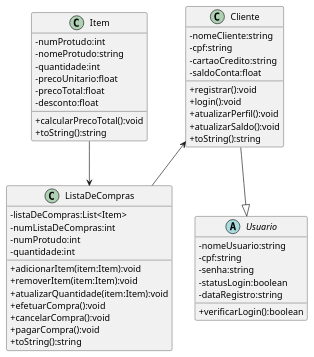
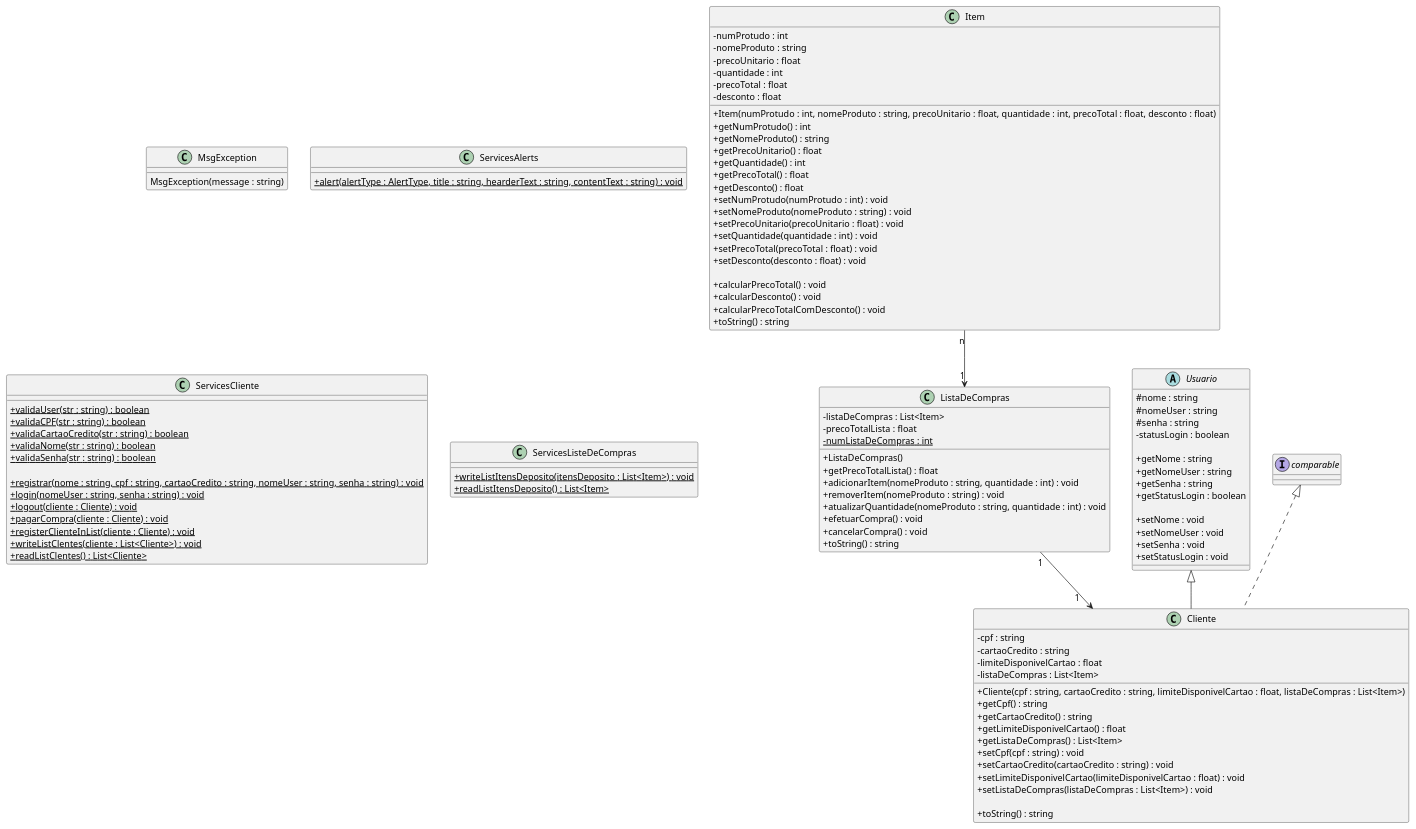
One commit to Luiz-Eduardo-BL/Project_Lista_de_Compras changed the diagram in Diagrama/diagrama.wsd. Above: the diagram before and after it, drawn with PlantUML. The commit also changed 2 other files, not shown here.

Commit message:
Atualizacao do diagrama UML

```diff
--- a/Diagrama/diagrama.wsd
+++ b/Diagrama/diagrama.wsd
@@ -1,58 +1,116 @@
 @startuml diagrama
 skinparam ClassAttributeIconSize 0
 
 class Item{
-  -numProtudo:int
-  -nomeProtudo:string
-  -quantidade:int
-  -precoUnitario:float
-  -precoTotal:float
-  -desconto:float
+  -numProtudo : int
+  -nomeProduto : string
+  -precoUnitario : float
+  -quantidade : int
+  -precoTotal : float
+  -desconto : float
 
-  +calcularPrecoTotal():void
-  +toString():string
+  +Item(numProtudo : int, nomeProduto : string, precoUnitario : float, quantidade : int, precoTotal : float, desconto : float)
+  +getNumProtudo() : int
+  +getNomeProduto() : string
+  +getPrecoUnitario() : float
+  +getQuantidade() : int
+  +getPrecoTotal() : float
+  +getDesconto() : float
+  +setNumProtudo(numProtudo : int) : void
+  +setNomeProduto(nomeProduto : string) : void
+  +setPrecoUnitario(precoUnitario : float) : void
+  +setQuantidade(quantidade : int) : void
+  +setPrecoTotal(precoTotal : float) : void
+  +setDesconto(desconto : float) : void
+
+  +calcularPrecoTotal() : void
+  +calcularDesconto() : void
+  +calcularPrecoTotalComDesconto() : void
+  +toString() : string
 } 
+Item "n" --> "1" ListaDeCompras
 
-class Cliente{
-  -nomeCliente:string
-  -cpf:string
-  -cartaoCredito:string
-  -saldoConta:float
+class Cliente extends Usuario implements comparable{
+  -cpf : string
+  -cartaoCredito : string
+  -limiteDisponivelCartao : float
+  -listaDeCompras : List<Item>
 
-  +registrar():void
-  +login():void
-  +atualizarPerfil():void
-  +atualizarSaldo():void
-  +toString():string
+  +Cliente(cpf : string, cartaoCredito : string, limiteDisponivelCartao : float, listaDeCompras : List<Item>)
+  +getCpf() : string
+  +getCartaoCredito() : string
+  +getLimiteDisponivelCartao() : float
+  +getListaDeCompras() : List<Item>
+  +setCpf(cpf : string) : void
+  +setCartaoCredito(cartaoCredito : string) : void
+  +setLimiteDisponivelCartao(limiteDisponivelCartao : float) : void
+  +setListaDeCompras(listaDeCompras : List<Item>) : void
+
+  +toString() : string
 }
 
+
 abstract class Usuario{
-  -nomeUsuario:string
-  -cpf:string
-  -senha:string
-  -statusLogin:boolean
-  -dataRegistro:string
+  #nome : string
+  #nomeUser : string
+  #senha : string
+  -statusLogin : boolean
 
-  +verificarLogin():boolean
+  +getNome : string
+  +getNomeUser : string
+  +getSenha : string
+  +getStatusLogin : boolean
+
+  +setNome : void
+  +setNomeUser : void
+  +setSenha : void
+  +setStatusLogin : void
 }
 
 class ListaDeCompras{
-  -listaDeCompras:List<Item>
-  -numListaDeCompras:int
-  -numProtudo:int
-  -quantidade:int
+  -listaDeCompras : List<Item>
+  -precoTotalLista : float
+  -{static}numListaDeCompras : int
 
-  +adicionarItem(item:Item):void
-  +removerItem(item:Item):void
-  +atualizarQuantidade(item:Item):void
-  +efetuarCompra():void
-  +cancelarCompra():void
-  +pagarCompra():void
-  +toString():string
+  +ListaDeCompras()
+  +getPrecoTotalLista() : float
+  +adicionarItem(nomeProduto : string, quantidade : int) : void
+  +removerItem(nomeProduto : string) : void
+  +atualizarQuantidade(nomeProduto : string, quantidade : int) : void
+  +efetuarCompra() : void
+  +cancelarCompra() : void
+  +toString() : string
+
+}
+ListaDeCompras "1 " --> "1    " Cliente
+
+class MsgException{
+  MsgException(message : string)
 }
 
-Item --> ListaDeCompras 
-Cliente <-- ListaDeCompras
-Cliente --|> Usuario
+class ServicesAlerts{
+  +{static}alert(alertType : AlertType, title : string, hearderText : string, contentText : string) : void
+}
+
+class ServicesCliente{
+  +{static}validaUser(str : string) : boolean
+  +{static}validaCPF(str : string) : boolean
+  +{static}validaCartaoCredito(str : string) : boolean
+  +{static}validaNome(str : string) : boolean
+  +{static}validaSenha(str : string) : boolean
+
+  +{static}registrar(nome : string, cpf : string, cartaoCredito : string, nomeUser : string, senha : string) : void
+  +{static}login(nomeUser : string, senha : string) : void
+  +{static}logout(cliente : Cliente) : void
+  +{static}pagarCompra(cliente : Cliente) : void
+  +{static}registerClienteInList(cliente : Cliente) : void
+  +{static}writeListClentes(cliente : List<Cliente>) : void
+  +{static}readListClentes() : List<Cliente>
+}
+
+class ServicesListeDeCompras{
+  +{static}writeListItensDeposito(itensDeposito : List<Item>) : void
+  +{static}readListItensDeposito() : List<Item>
+}
 
 @enduml
```
